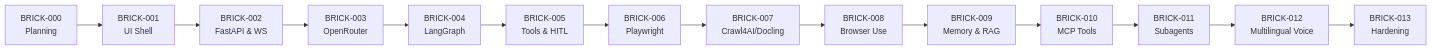
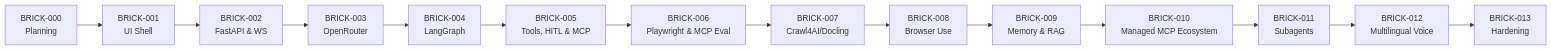
One commit to Aryramy/javed changed the diagram in docs/ROADMAP.md. Above: the diagram before and after it, drawn with Mermaid. The commit also changed other lines of this file and 6 other files, not shown here.

````diff
--- a/docs/ROADMAP.md
+++ b/docs/ROADMAP.md
@@ -16,16 +16,16 @@
 ```mermaid
 flowchart LR
     B0["BRICK-000<br/>Planning"] --> B1["BRICK-001<br/>UI Shell"]
     B1 --> B2["BRICK-002<br/>FastAPI & WS"]
     B2 --> B3["BRICK-003<br/>OpenRouter"]
     B3 --> B4["BRICK-004<br/>LangGraph"]
-    B4 --> B5["BRICK-005<br/>Tools & HITL"]
-    B5 --> B6["BRICK-006<br/>Playwright"]
+    B4 --> B5["BRICK-005<br/>Tools, HITL & MCP"]
+    B5 --> B6["BRICK-006<br/>Playwright & MCP Eval"]
     B6 --> B7["BRICK-007<br/>Crawl4AI/Docling"]
     B7 --> B8["BRICK-008<br/>Browser Use"]
     B8 --> B9["BRICK-009<br/>Memory & RAG"]
-    B9 --> B10["BRICK-010<br/>MCP Tools"]
+    B9 --> B10["BRICK-010<br/>Managed MCP Ecosystem"]
     B10 --> B11["BRICK-011<br/>Subagents"]
     B11 --> B12["BRICK-012<br/>Multilingual Voice"]
     B12 --> B13["BRICK-013<br/>Hardening"]
 ```
````
